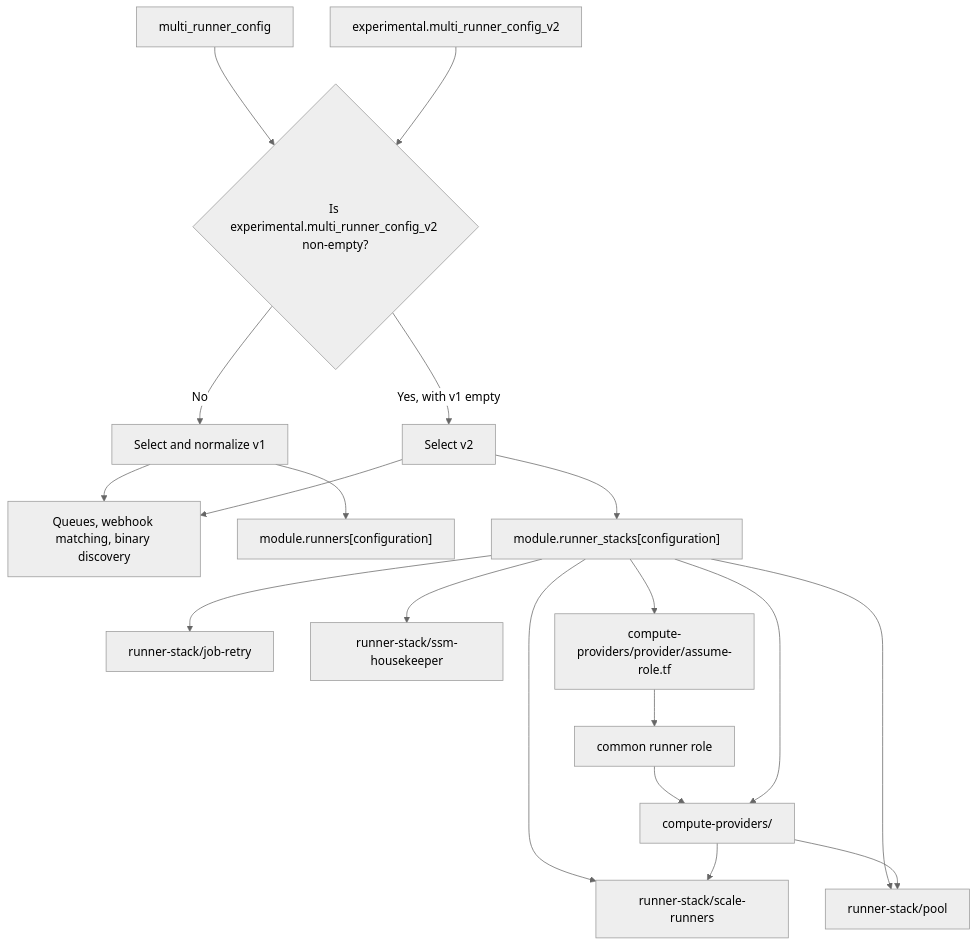
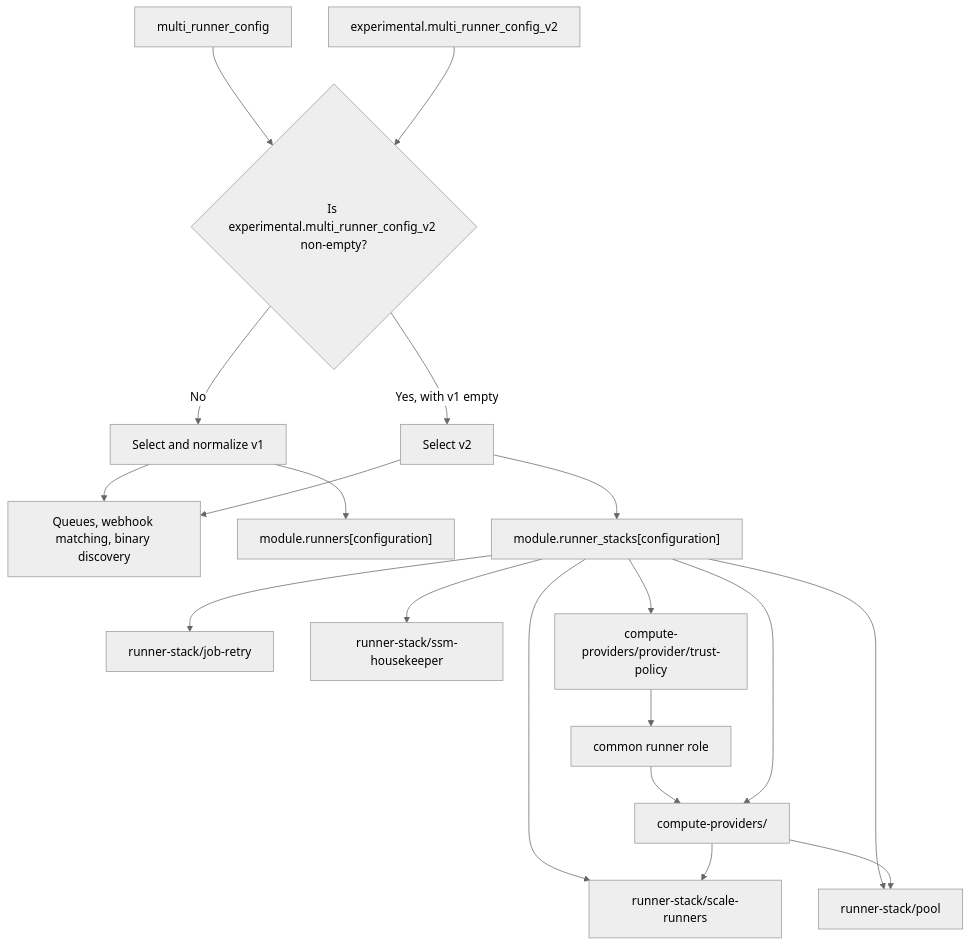
The diagram in docs/modules/internal/compute-provider-refactor.md (github-aws-runners/terraform-aws-github-runner), drawn with Mermaid (neutral theme) before and after one commit. The commit also changed other lines of this file and 27 other files, not shown here.

Commit message:
refactor(runner-stack): isolate provider trust policies

````diff
--- a/docs/modules/internal/compute-provider-refactor.md
+++ b/docs/modules/internal/compute-provider-refactor.md
@@ -50,21 +51,21 @@
 ```mermaid
 flowchart TD
   Stable["multi_runner_config"] --> Select{"Is experimental.multi_runner_config_v2 non-empty?"}
   Experimental["experimental.multi_runner_config_v2"] --> Select
   Select -->|No| V1["Select and normalize v1"]
   Select -->|Yes, with v1 empty| V2["Select v2"]
   V1 --> Shared["Queues, webhook matching, binary discovery"]
   V2 --> Shared
   V1 --> Legacy["module.runners[configuration]"]
   V2 --> Stack["module.runner_stacks[configuration]"]
   Stack --> Scaling["runner-stack/scale-runners"]
   Stack --> Pool["runner-stack/pool"]
   Stack --> Retry["runner-stack/job-retry"]
   Stack --> Housekeeper["runner-stack/ssm-housekeeper"]
-  Stack --> Trust["compute-providers/provider/assume-role.tf"]
+  Stack --> Trust["compute-providers/provider/trust-policy"]
   Trust --> Role["common runner role"]
   Role --> Provider
   Stack --> Provider["compute-providers/<provider>"]
   Provider --> Scaling
   Provider --> Pool
 ```
````
